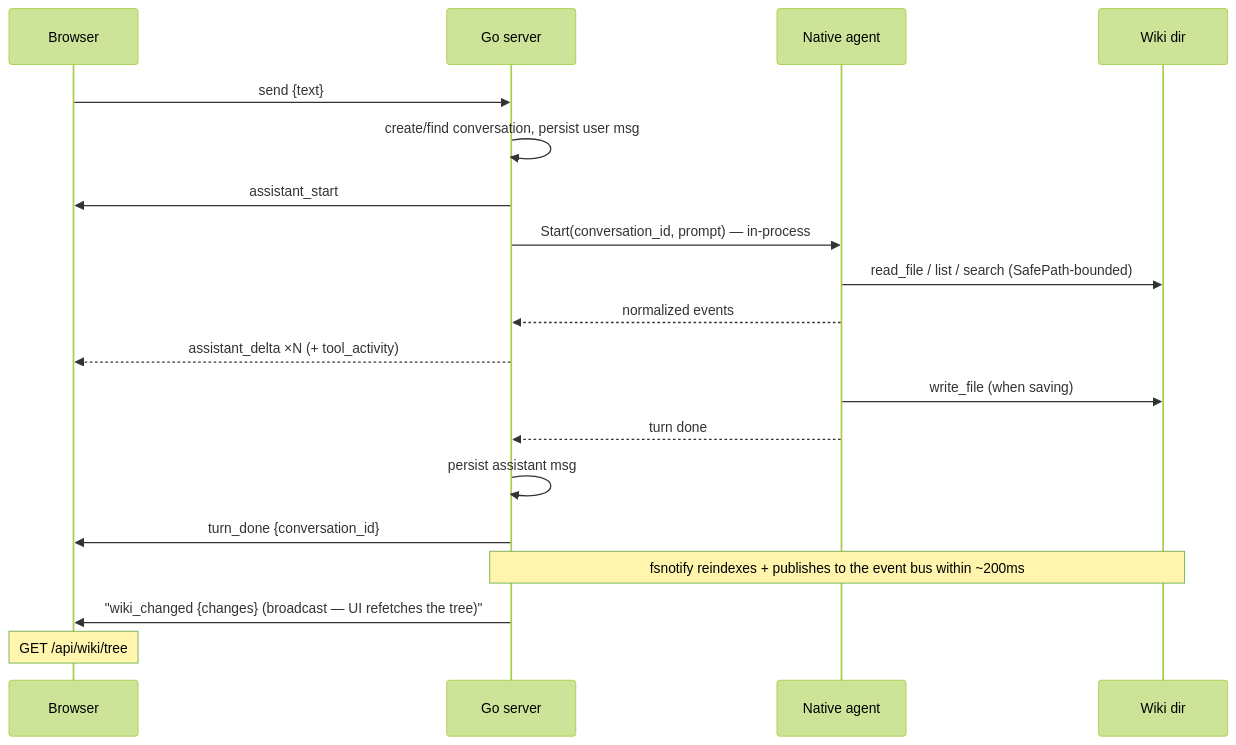
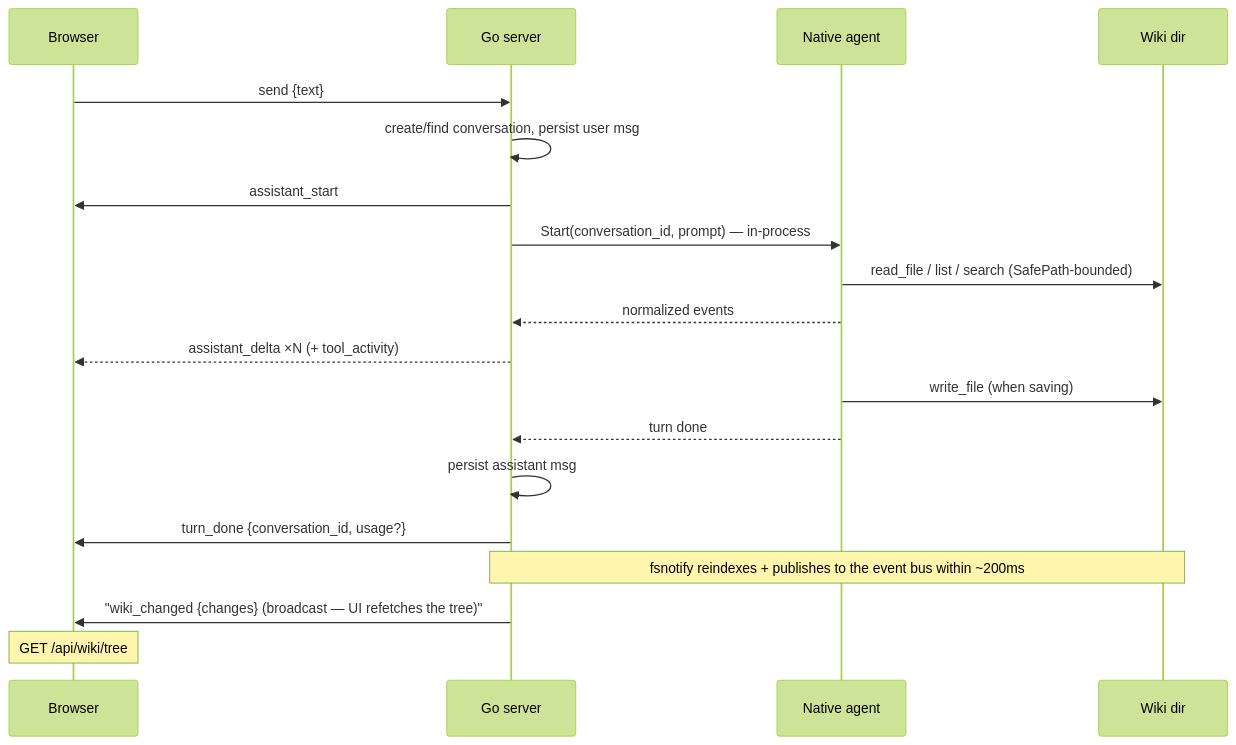
The diagram in docs/api.md (shiv-source/thoth), drawn with Mermaid (forest theme) before and after one commit. The commit also changed other lines of this file and 22 other files, not shown here.

First line of the commit message:
feat(chat): token-usage telemetry on turn_done

````diff
--- a/docs/api.md
+++ b/docs/api.md
@@ -46,22 +48,22 @@
 ```mermaid
 sequenceDiagram
     participant UI as Browser
     participant Go as Go server
     participant NA as Native agent
     participant W as Wiki dir
 
     UI->>Go: send {text}
     Go->>Go: create/find conversation, persist user msg
     Go->>UI: assistant_start
     Go->>NA: Start(conversation_id, prompt) — in-process
     NA->>W: read_file / list / search (SafePath-bounded)
     NA-->>Go: normalized events
     Go-->>UI: assistant_delta ×N (+ tool_activity)
     NA->>W: write_file (when saving)
     NA-->>Go: turn done
     Go->>Go: persist assistant msg
-    Go->>UI: turn_done {conversation_id}
+    Go->>UI: turn_done {conversation_id, usage?}
     Note over W,Go: fsnotify reindexes + publishes to the event bus within ~200ms
     Go->>UI: "wiki_changed {changes} (broadcast — UI refetches the tree)"
     Note over UI: GET /api/wiki/tree
 ```
````
